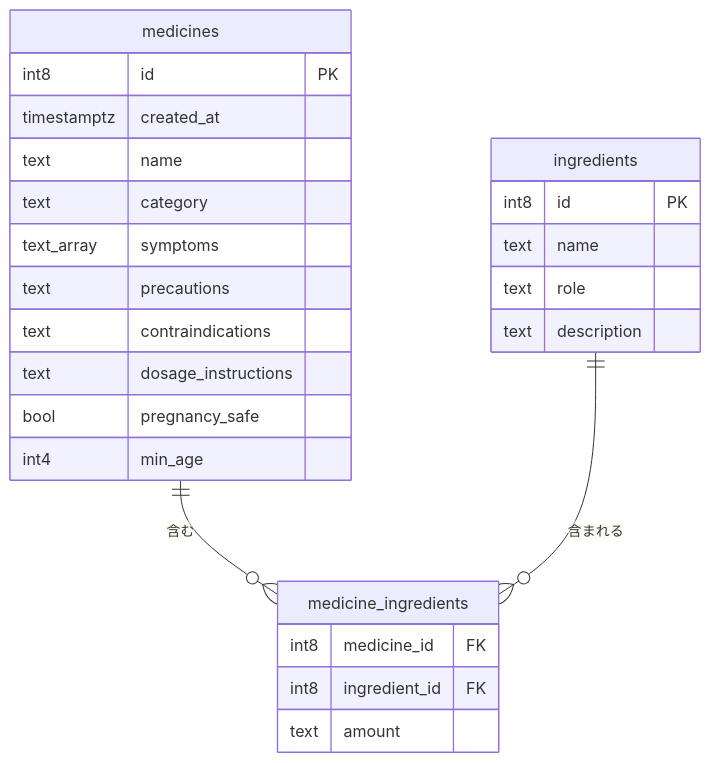
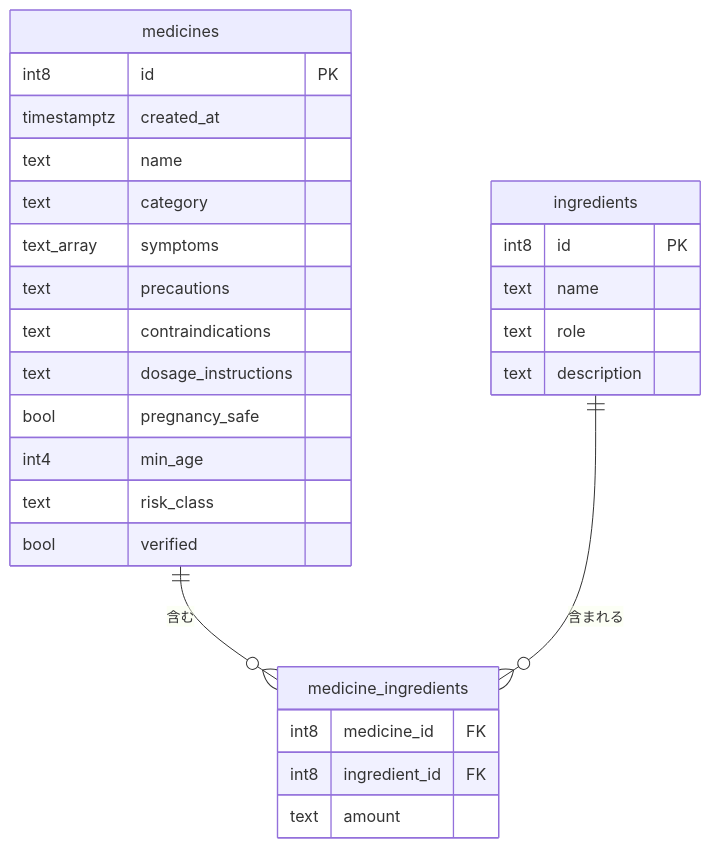
Before and after one commit to RyogoS/otc-navi-app: the diagram in docs/database-design.md, drawn with Mermaid. The commit also changed other lines of this file, not shown here.

````diff
--- a/docs/database-design.md
+++ b/docs/database-design.md
@@ -15,29 +15,31 @@
 ```mermaid
 erDiagram
     medicines ||--o{ medicine_ingredients : "含む"
     ingredients ||--o{ medicine_ingredients : "含まれる"
 
     medicines {
         int8 id PK
         timestamptz created_at
         text name
         text category
         text_array symptoms
         text precautions
         text contraindications
         text dosage_instructions
         bool pregnancy_safe
         int4 min_age
+        text risk_class
+        bool verified
     }
     ingredients {
         int8 id PK
         text name
         text role
         text description
     }
     medicine_ingredients {
         int8 medicine_id FK
         int8 ingredient_id FK
         text amount
     }
 ```
````
